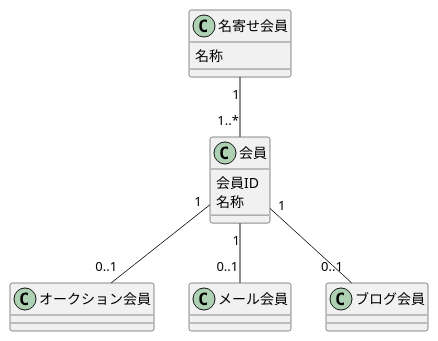
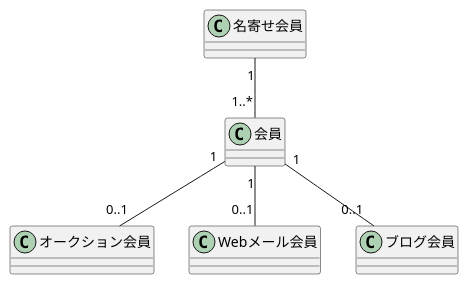
One commit to yinm/uml-modeling-lesson changed the diagram in ch08/excercise/8-3.puml. Above: the diagram before and after it, drawn with PlantUML. The commit also changed 2 other files, not shown here.

```diff
--- a/ch08/excercise/8-3.puml
+++ b/ch08/excercise/8-3.puml
@@ -1,26 +1,23 @@
 @startuml
 
 class 名寄せ会員 {
-  名称
 }
 
 class 会員 {
-  会員ID
-  名称
 }
 
 class オークション会員 {
 }
 
-class メール会員 {
+class Webメール会員 {
 }
 
 class ブログ会員 {
 }
 
 名寄せ会員 "1"--"1..*" 会員
 会員 "1"--"0..1" オークション会員
-会員 "1"--"0..1" メール会員
+会員 "1"--"0..1" Webメール会員
 会員 "1"--"0..1" ブログ会員
 
 @enduml
```
